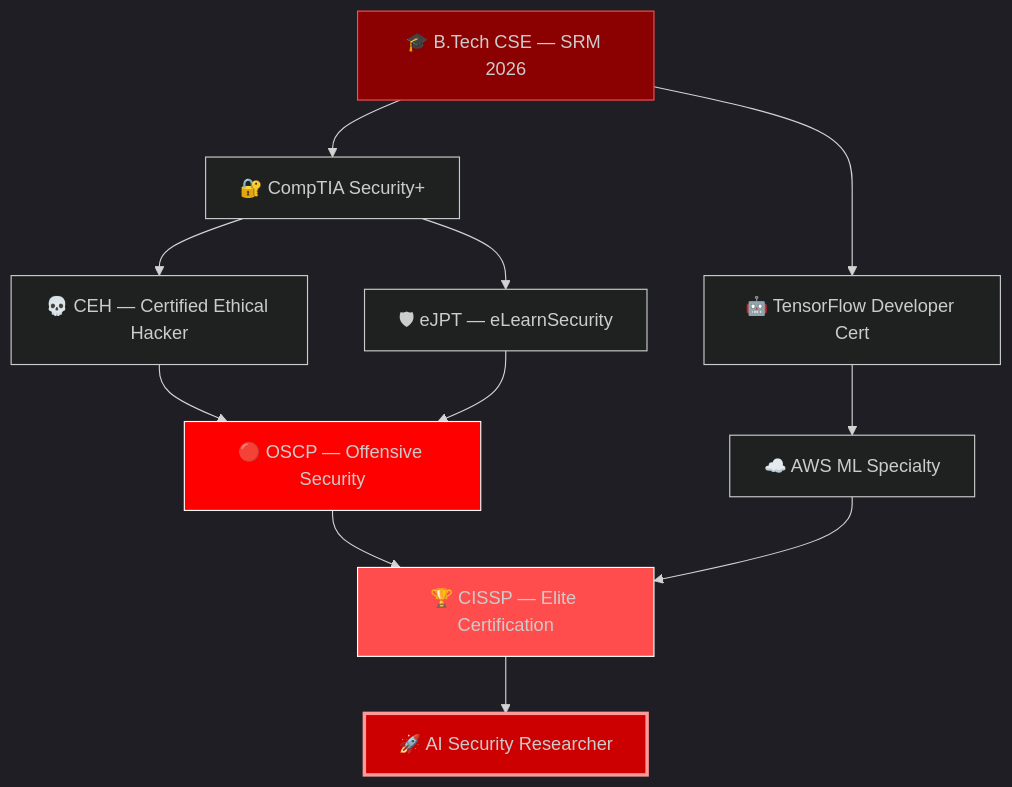
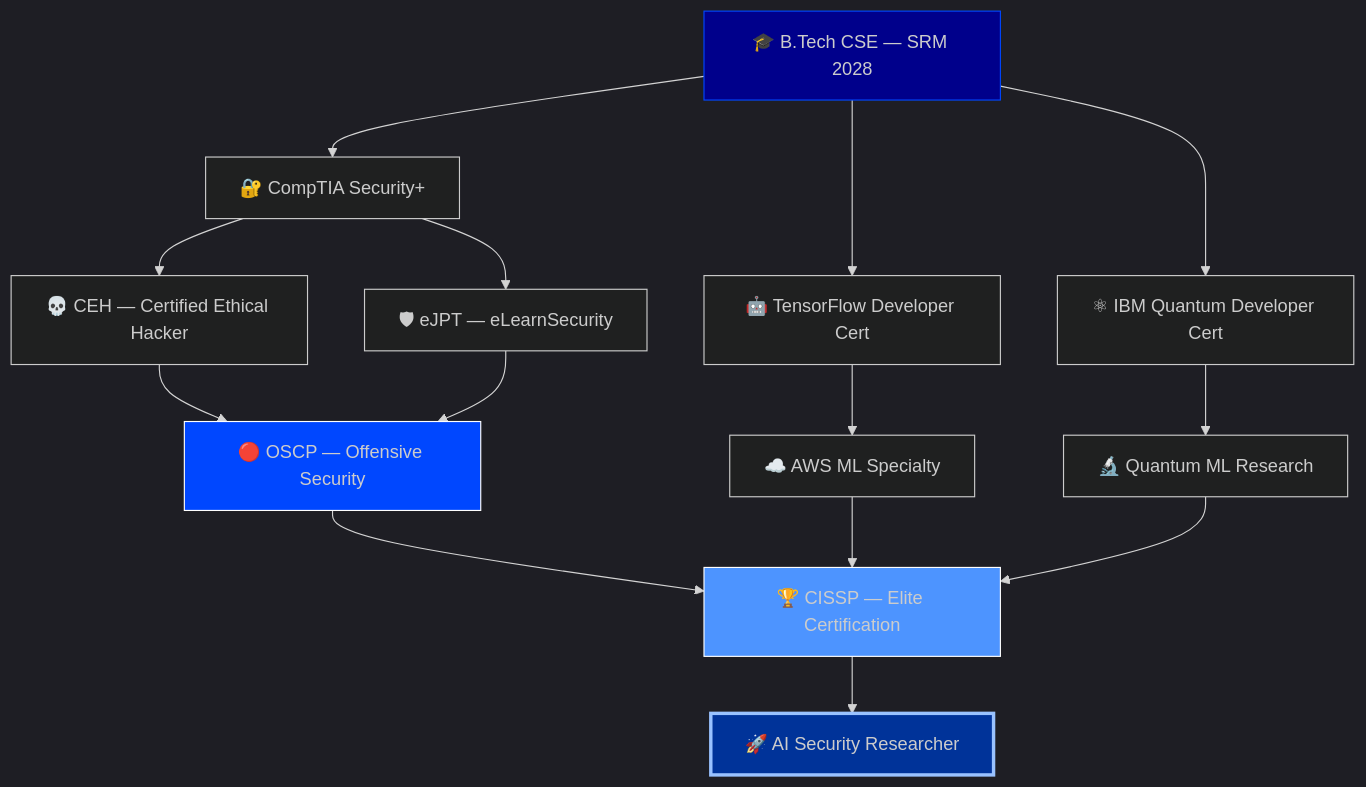
One commit to dsaisrih/dsaisrih changed the second of 2 diagrams in README.md. Above: the diagram before and after it, drawn with Mermaid. The commit also changed other lines of this file, not shown here.

````diff
--- a/README.md
+++ b/README.md
@@ -270,19 +367,22 @@
 ```mermaid
 %%{init: {'theme': 'dark'}}%%
 graph TD
-    A[🎓 B.Tech CSE — SRM 2026] --> B[🔐 CompTIA Security+]
+    A[🎓 B.Tech CSE — SRM 2028] --> B[🔐 CompTIA Security+]
     A --> C[🤖 TensorFlow Developer Cert]
+    A --> Q[⚛ IBM Quantum Developer Cert]
     B --> D[💀 CEH — Certified Ethical Hacker]
     B --> E[🛡 eJPT — eLearnSecurity]
     D --> F[🔴 OSCP — Offensive Security]
     E --> F
     C --> G[☁️ AWS ML Specialty]
+    Q --> R[🔬 Quantum ML Research]
     F --> H[🏆 CISSP — Elite Certification]
     G --> H
+    R --> H
     H --> I[🚀 AI Security Researcher]
 
-    style A fill:#8b0000,stroke:#ff4d4d
-    style F fill:#ff0000,stroke:#fff
-    style H fill:#ff4d4d,stroke:#fff
-    style I fill:#cc0000,stroke:#ff9999,stroke-width:3px
+    style A fill:#00008b,stroke:#0047ff
+    style F fill:#0047ff,stroke:#fff
+    style H fill:#4d94ff,stroke:#fff
+    style I fill:#003399,stroke:#99c2ff,stroke-width:3px
 ```
````
